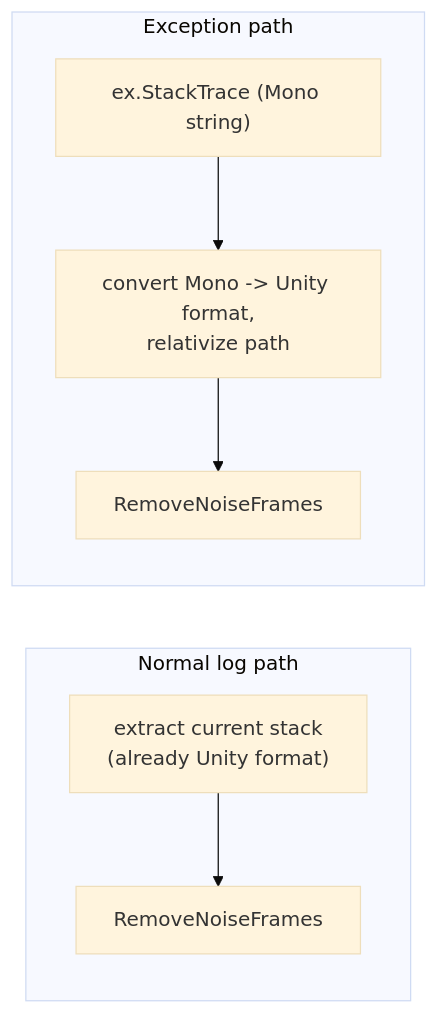
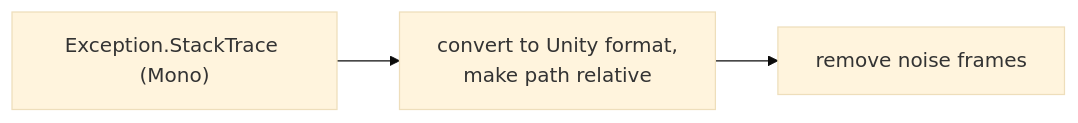
One commit to Appegy/UniLogger changed the sixth of 7 diagrams in docs/logging-pipeline.md. Above: the diagram before and after it, drawn with Mermaid (base theme). The commit also changed other lines of this file, not shown here.

Commit message:
docs: simplify log pipeline doc and drop redundant sections

````diff
--- a/docs/logging-pipeline.md
+++ b/docs/logging-pipeline.md
@@ -197,10 +154,4 @@
 ```mermaid
 flowchart LR
-    subgraph normal["Normal log path"]
-        N1["extract current stack<br/>(already Unity format)"] --> N2["RemoveNoiseFrames"]
-    end
-    subgraph exc["Exception path"]
-        E1["ex.StackTrace (Mono string)"] --> E2["convert Mono -> Unity format,<br/>relativize path"]
-        E2 --> E3["RemoveNoiseFrames"]
-    end
+    E1["Exception.StackTrace (Mono)"] --> E2["convert to Unity format,<br/>make path relative"] --> E3["remove noise frames"]
 ```
````
